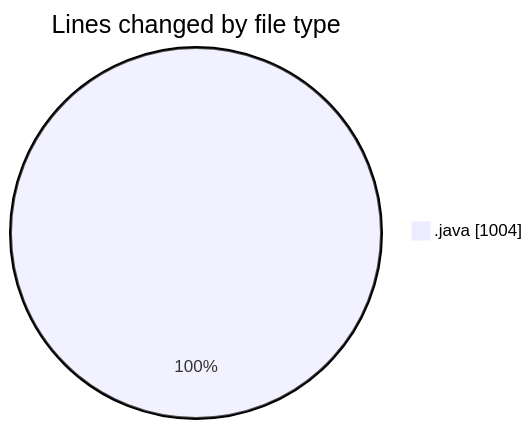
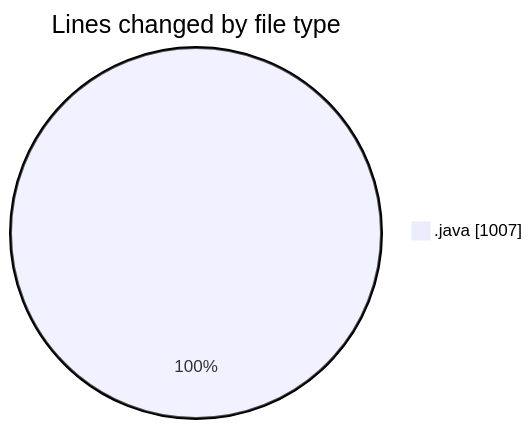
Before and after one commit to ricardozamudiocil/code-tracking: the first of 2 diagrams in 2026-03-30/cilofertascomerciales/README.md, drawn with Mermaid. The commit also changed other lines of this file and 1 other file, not shown here.

````diff
--- a/2026-03-30/cilofertascomerciales/README.md
+++ b/2026-03-30/cilofertascomerciales/README.md
@@ -21,5 +21,5 @@
 ```mermaid
 pie showData
 title Lines changed by file type
-".java" : 1004
+".java" : 1007
 ```
````
